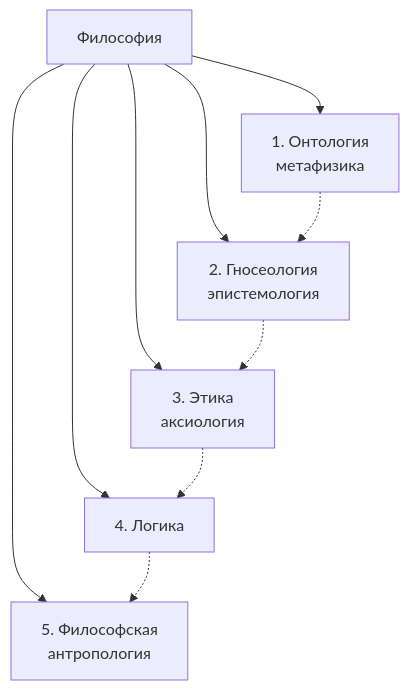
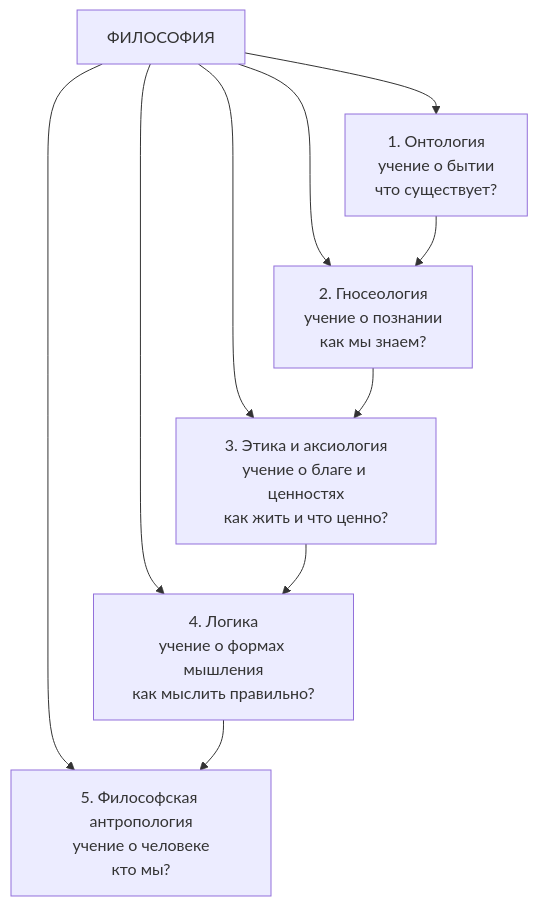
Before and after one commit to JayStorm228/College: the second of 2 diagrams in 01_Дисциплины/07_Основы_Философии/01. Основные задачи и особенности философии.md, drawn with Mermaid. The commit also changed other lines of this file and 12 other files, not shown here.

````diff
--- a/01_Дисциплины/07_Основы_Философии/01. Основные задачи и особенности философии.md
+++ b/01_Дисциплины/07_Основы_Философии/01. Основные задачи и особенности философии.md
@@ -87,12 +382,12 @@
 ```mermaid
 flowchart TD
-    F[Философия] --> O[1. Онтология<br>метафизика]
-    F --> G[2. Гносеология<br>эпистемология]
-    F --> E[3. Этика<br>аксиология]
-    F --> L[4. Логика]
-    F --> A[5. Философская<br>антропология]
-    O -.-> G
-    G -.-> E
-    E -.-> L
-    L -.-> A
+    F["ФИЛОСОФИЯ"] --> O["1. Онтология<br>учение о бытии<br>что существует?"]
+    F --> G["2. Гносеология<br>учение о познании<br>как мы знаем?"]
+    F --> E["3. Этика и аксиология<br>учение о благе и ценностях<br>как жить и что ценно?"]
+    F --> L["4. Логика<br>учение о формах мышления<br>как мыслить правильно?"]
+    F --> A["5. Философская антропология<br>учение о человеке<br>кто мы?"]
+    O --> G
+    G --> E
+    E --> L
+    L --> A
 ```
````
